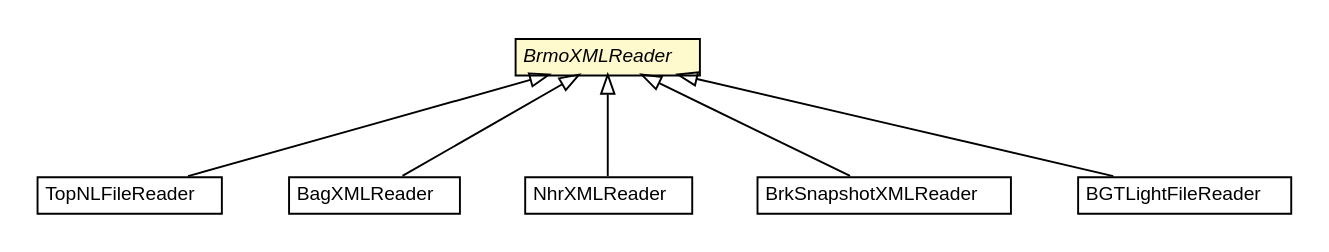
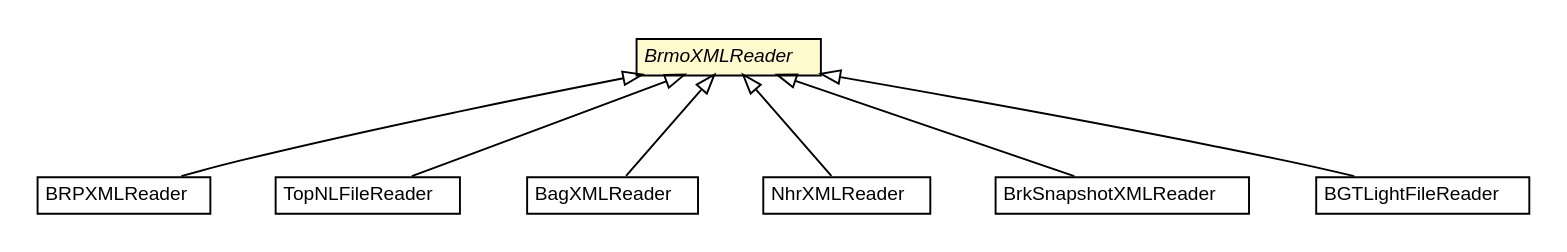
One commit to B3Partners/brmo changed the diagram in brmo-loader/apidocs/nl/b3p/brmo/loader/xml/BrmoXMLReader.dot. Above: the diagram before and after it, drawn with Graphviz. The commit also changed 360 other files, not shown here.

```diff
--- a/brmo-loader/apidocs/nl/b3p/brmo/loader/xml/BrmoXMLReader.dot
+++ b/brmo-loader/apidocs/nl/b3p/brmo/loader/xml/BrmoXMLReader.dot
@@ -1,58 +1,66 @@
 #!/usr/local/bin/dot
 #
 # Class diagram 
 # Generated by UMLGraph version R5_6-24-gf6e263 (http://www.umlgraph.org/)
 #
 
 digraph G {
 	edge [fontname="Helvetica",fontsize=10,labelfontname="Helvetica",labelfontsize=10];
 	node [fontname="Helvetica",fontsize=10,shape=plaintext];
 	nodesep=0.25;
 	ranksep=0.5;
 	// nl.b3p.brmo.loader.xml.BrmoXMLReader
-	c1086 [label=<<table title="nl.b3p.brmo.loader.xml.BrmoXMLReader" border="0" cellborder="1" cellspacing="0" cellpadding="2" port="p" bgcolor="lemonChiffon" href="./BrmoXMLReader.html">
+	c1154 [label=<<table title="nl.b3p.brmo.loader.xml.BrmoXMLReader" border="0" cellborder="1" cellspacing="0" cellpadding="2" port="p" bgcolor="lemonChiffon" href="./BrmoXMLReader.html">
 		<tr><td><table border="0" cellspacing="0" cellpadding="1">
 <tr><td align="center" balign="center"><font face="Helvetica-Oblique"> BrmoXMLReader </font></td></tr>
 		</table></td></tr>
 		</table>>, URL="./BrmoXMLReader.html", fontname="Helvetica", fontcolor="black", fontsize=10.0];
+	// nl.b3p.brmo.loader.xml.BRPXMLReader
+	c1155 [label=<<table title="nl.b3p.brmo.loader.xml.BRPXMLReader" border="0" cellborder="1" cellspacing="0" cellpadding="2" port="p" href="./BRPXMLReader.html">
+		<tr><td><table border="0" cellspacing="0" cellpadding="1">
+<tr><td align="center" balign="center"> BRPXMLReader </td></tr>
+		</table></td></tr>
+		</table>>, URL="./BRPXMLReader.html", fontname="Helvetica", fontcolor="black", fontsize=10.0];
 	// nl.b3p.brmo.loader.xml.TopNLFileReader
-	c1087 [label=<<table title="nl.b3p.brmo.loader.xml.TopNLFileReader" border="0" cellborder="1" cellspacing="0" cellpadding="2" port="p" href="./TopNLFileReader.html">
+	c1156 [label=<<table title="nl.b3p.brmo.loader.xml.TopNLFileReader" border="0" cellborder="1" cellspacing="0" cellpadding="2" port="p" href="./TopNLFileReader.html">
 		<tr><td><table border="0" cellspacing="0" cellpadding="1">
 <tr><td align="center" balign="center"> TopNLFileReader </td></tr>
 		</table></td></tr>
 		</table>>, URL="./TopNLFileReader.html", fontname="Helvetica", fontcolor="black", fontsize=10.0];
 	// nl.b3p.brmo.loader.xml.BagXMLReader
-	c1088 [label=<<table title="nl.b3p.brmo.loader.xml.BagXMLReader" border="0" cellborder="1" cellspacing="0" cellpadding="2" port="p" href="./BagXMLReader.html">
+	c1157 [label=<<table title="nl.b3p.brmo.loader.xml.BagXMLReader" border="0" cellborder="1" cellspacing="0" cellpadding="2" port="p" href="./BagXMLReader.html">
 		<tr><td><table border="0" cellspacing="0" cellpadding="1">
 <tr><td align="center" balign="center"> BagXMLReader </td></tr>
 		</table></td></tr>
 		</table>>, URL="./BagXMLReader.html", fontname="Helvetica", fontcolor="black", fontsize=10.0];
 	// nl.b3p.brmo.loader.xml.NhrXMLReader
-	c1089 [label=<<table title="nl.b3p.brmo.loader.xml.NhrXMLReader" border="0" cellborder="1" cellspacing="0" cellpadding="2" port="p" href="./NhrXMLReader.html">
+	c1158 [label=<<table title="nl.b3p.brmo.loader.xml.NhrXMLReader" border="0" cellborder="1" cellspacing="0" cellpadding="2" port="p" href="./NhrXMLReader.html">
 		<tr><td><table border="0" cellspacing="0" cellpadding="1">
 <tr><td align="center" balign="center"> NhrXMLReader </td></tr>
 		</table></td></tr>
 		</table>>, URL="./NhrXMLReader.html", fontname="Helvetica", fontcolor="black", fontsize=10.0];
 	// nl.b3p.brmo.loader.xml.BrkSnapshotXMLReader
-	c1090 [label=<<table title="nl.b3p.brmo.loader.xml.BrkSnapshotXMLReader" border="0" cellborder="1" cellspacing="0" cellpadding="2" port="p" href="./BrkSnapshotXMLReader.html">
+	c1159 [label=<<table title="nl.b3p.brmo.loader.xml.BrkSnapshotXMLReader" border="0" cellborder="1" cellspacing="0" cellpadding="2" port="p" href="./BrkSnapshotXMLReader.html">
 		<tr><td><table border="0" cellspacing="0" cellpadding="1">
 <tr><td align="center" balign="center"> BrkSnapshotXMLReader </td></tr>
 		</table></td></tr>
 		</table>>, URL="./BrkSnapshotXMLReader.html", fontname="Helvetica", fontcolor="black", fontsize=10.0];
 	// nl.b3p.brmo.loader.xml.BGTLightFileReader
-	c1091 [label=<<table title="nl.b3p.brmo.loader.xml.BGTLightFileReader" border="0" cellborder="1" cellspacing="0" cellpadding="2" port="p" href="./BGTLightFileReader.html">
+	c1160 [label=<<table title="nl.b3p.brmo.loader.xml.BGTLightFileReader" border="0" cellborder="1" cellspacing="0" cellpadding="2" port="p" href="./BGTLightFileReader.html">
 		<tr><td><table border="0" cellspacing="0" cellpadding="1">
 <tr><td align="center" balign="center"> BGTLightFileReader </td></tr>
 		</table></td></tr>
 		</table>>, URL="./BGTLightFileReader.html", fontname="Helvetica", fontcolor="black", fontsize=10.0];
+	//nl.b3p.brmo.loader.xml.BRPXMLReader extends nl.b3p.brmo.loader.xml.BrmoXMLReader
+	c1154:p -> c1155:p [dir=back,arrowtail=empty];
 	//nl.b3p.brmo.loader.xml.TopNLFileReader extends nl.b3p.brmo.loader.xml.BrmoXMLReader
-	c1086:p -> c1087:p [dir=back,arrowtail=empty];
+	c1154:p -> c1156:p [dir=back,arrowtail=empty];
 	//nl.b3p.brmo.loader.xml.BagXMLReader extends nl.b3p.brmo.loader.xml.BrmoXMLReader
-	c1086:p -> c1088:p [dir=back,arrowtail=empty];
+	c1154:p -> c1157:p [dir=back,arrowtail=empty];
 	//nl.b3p.brmo.loader.xml.NhrXMLReader extends nl.b3p.brmo.loader.xml.BrmoXMLReader
-	c1086:p -> c1089:p [dir=back,arrowtail=empty];
+	c1154:p -> c1158:p [dir=back,arrowtail=empty];
 	//nl.b3p.brmo.loader.xml.BrkSnapshotXMLReader extends nl.b3p.brmo.loader.xml.BrmoXMLReader
-	c1086:p -> c1090:p [dir=back,arrowtail=empty];
+	c1154:p -> c1159:p [dir=back,arrowtail=empty];
 	//nl.b3p.brmo.loader.xml.BGTLightFileReader extends nl.b3p.brmo.loader.xml.BrmoXMLReader
-	c1086:p -> c1091:p [dir=back,arrowtail=empty];
+	c1154:p -> c1160:p [dir=back,arrowtail=empty];
 }
```
